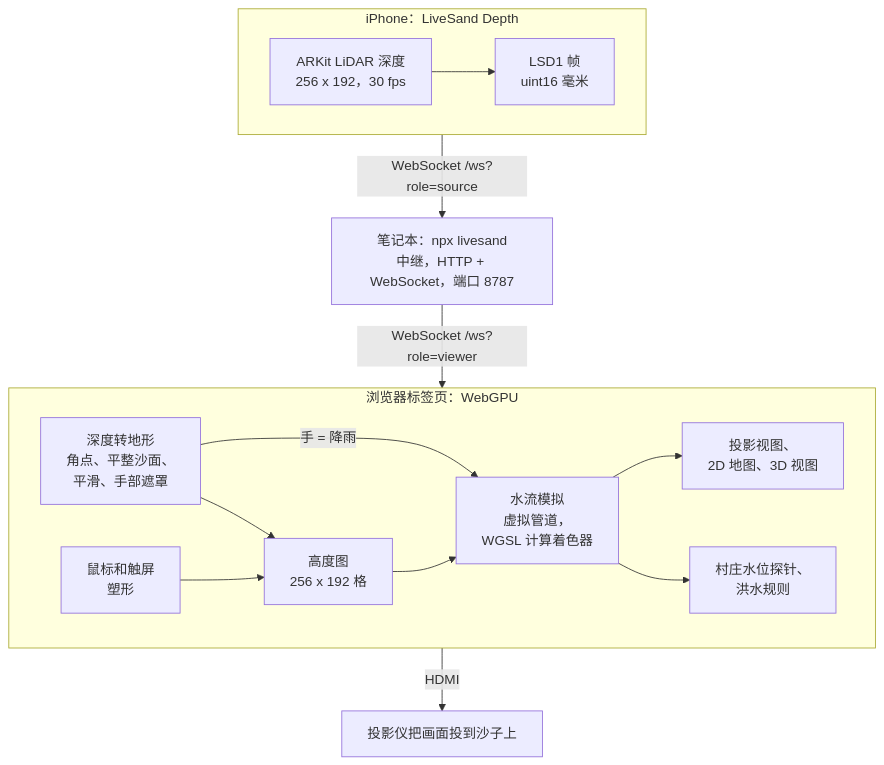
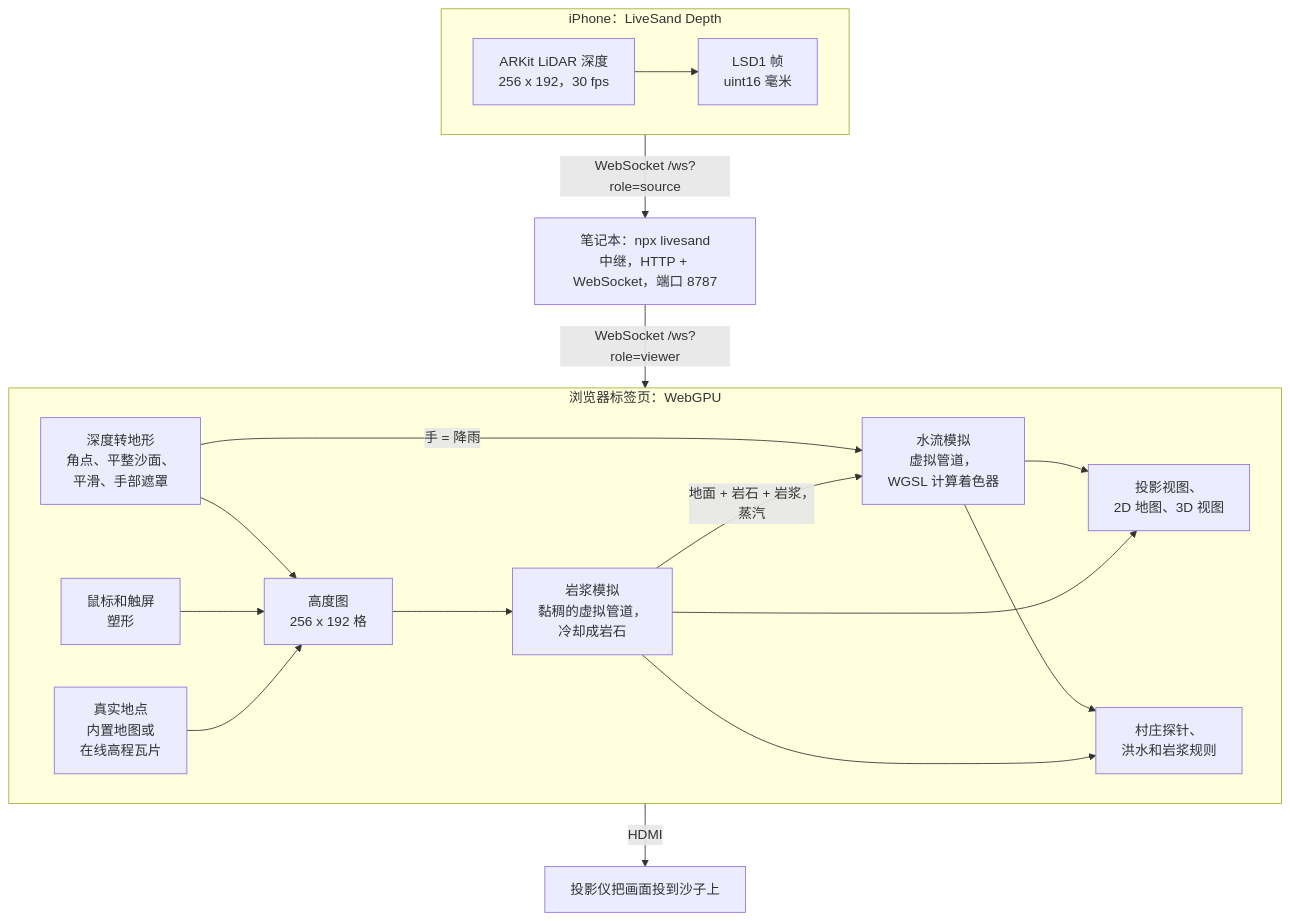
The diagram in README.zh-CN.md (tranhuuhuy297/livesand), drawn with Mermaid before and after one commit. The commit also changed other lines of this file and 169 other files, not shown here.

First line of the commit message:
feat: add real-world places, hometown flooding, lava simulation and volcano levels

````diff
--- a/README.zh-CN.md
+++ b/README.zh-CN.md
@@ -114,26 +182,32 @@
 ```mermaid
 flowchart TB
   subgraph phone["iPhone：LiveSand Depth"]
     direction LR
     lidar["ARKit LiDAR 深度<br/>256 x 192，30 fps"] --> frames["LSD1 帧<br/>uint16 毫米"]
   end
   relay["笔记本：npx livesand<br/>中继，HTTP + WebSocket，端口 8787"]
   subgraph tab["浏览器标签页：WebGPU"]
     direction LR
     depth["深度转地形<br/>角点、平整沙面、<br/>平滑、手部遮罩"]
     mouse["鼠标和触屏<br/>塑形"]
+    places["真实地点<br/>内置地图或<br/>在线高程瓦片"]
     heights["高度图<br/>256 x 192 格"]
+    lava["岩浆模拟<br/>黏稠的虚拟管道，<br/>冷却成岩石"]
     sim["水流模拟<br/>虚拟管道，<br/>WGSL 计算着色器"]
     views["投影视图、<br/>2D 地图、3D 视图"]
-    game["村庄水位探针、<br/>洪水规则"]
+    game["村庄探针、<br/>洪水和岩浆规则"]
     depth --> heights
     mouse --> heights
+    places --> heights
     depth -- "手 = 降雨" --> sim
-    heights --> sim
+    heights --> lava
+    lava -- "地面 + 岩石 + 岩浆，<br/>蒸汽" --> sim
     sim --> views
     sim --> game
+    lava --> views
+    lava --> game
   end
   phone -- "WebSocket /ws?role=source" --> relay
   relay -- "WebSocket /ws?role=viewer" --> tab
   tab -- "HDMI" --> sand["投影仪把画面投到沙子上"]
 ```
````
